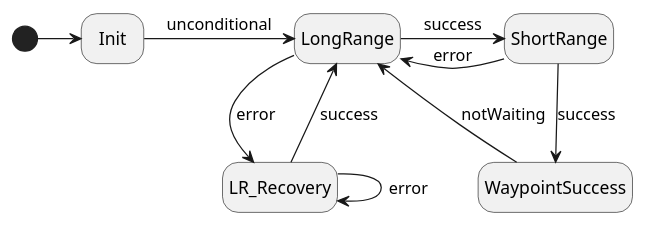
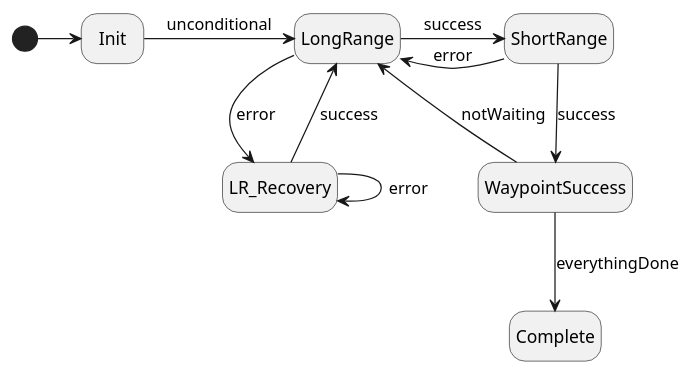
The diagram in src/wr_logic_ai/nodes/nav_logic_state_machine.wsd (WisconsinRobotics/WRover_Software_23-24), drawn with PlantUML before and after one commit. The commit also changed 9 other files, not shown here.

```diff
--- a/src/wr_logic_ai/nodes/nav_logic_state_machine.wsd
+++ b/src/wr_logic_ai/nodes/nav_logic_state_machine.wsd
@@ -1,14 +1,15 @@
 @startuml Navigation State Machine
 hide empty description
 
 [*] -right-> Init
 Init -right-> LongRange : unconditional
 LongRange -down-> LR_Recovery : error
 LR_Recovery --> LR_Recovery : error
 LR_Recovery --> LongRange : success
 LongRange -right-> ShortRange : success
 ShortRange -left-> LongRange : error
 ShortRange --> WaypointSuccess : success
 WaypointSuccess -up-> LongRange : notWaiting
+WaypointSuccess -down->Complete : everythingDone
 
 @enduml
```
